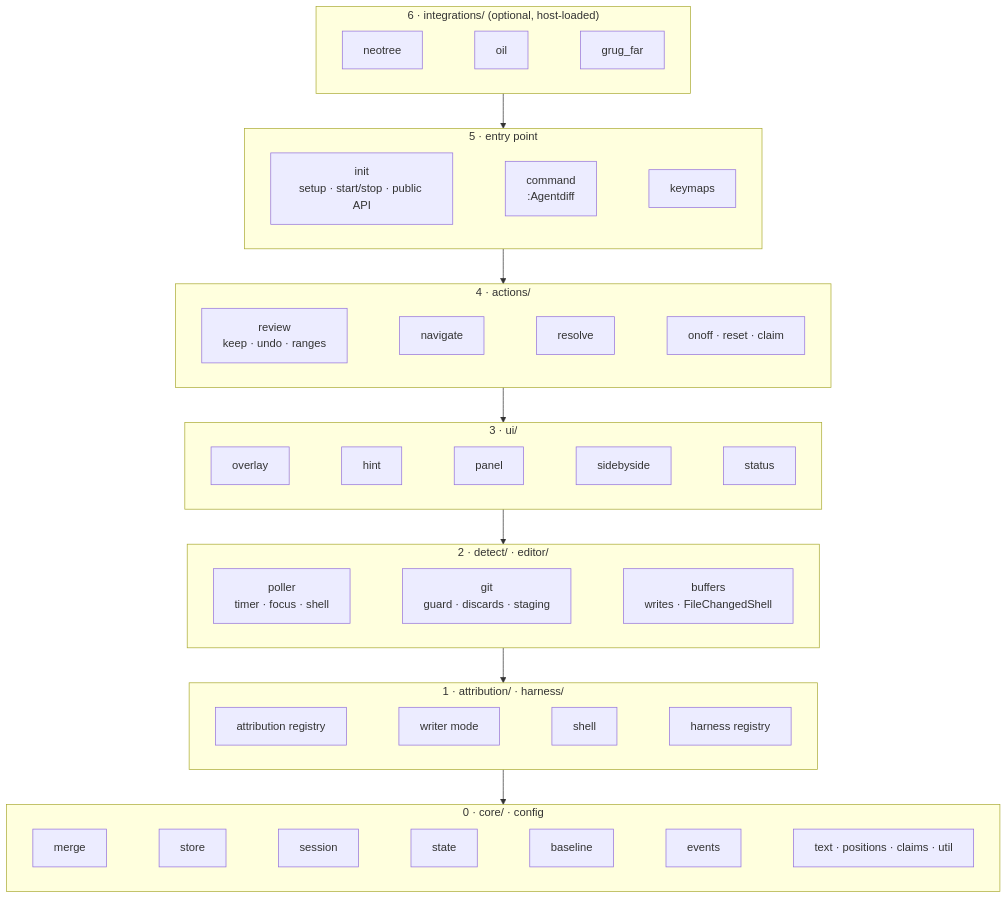
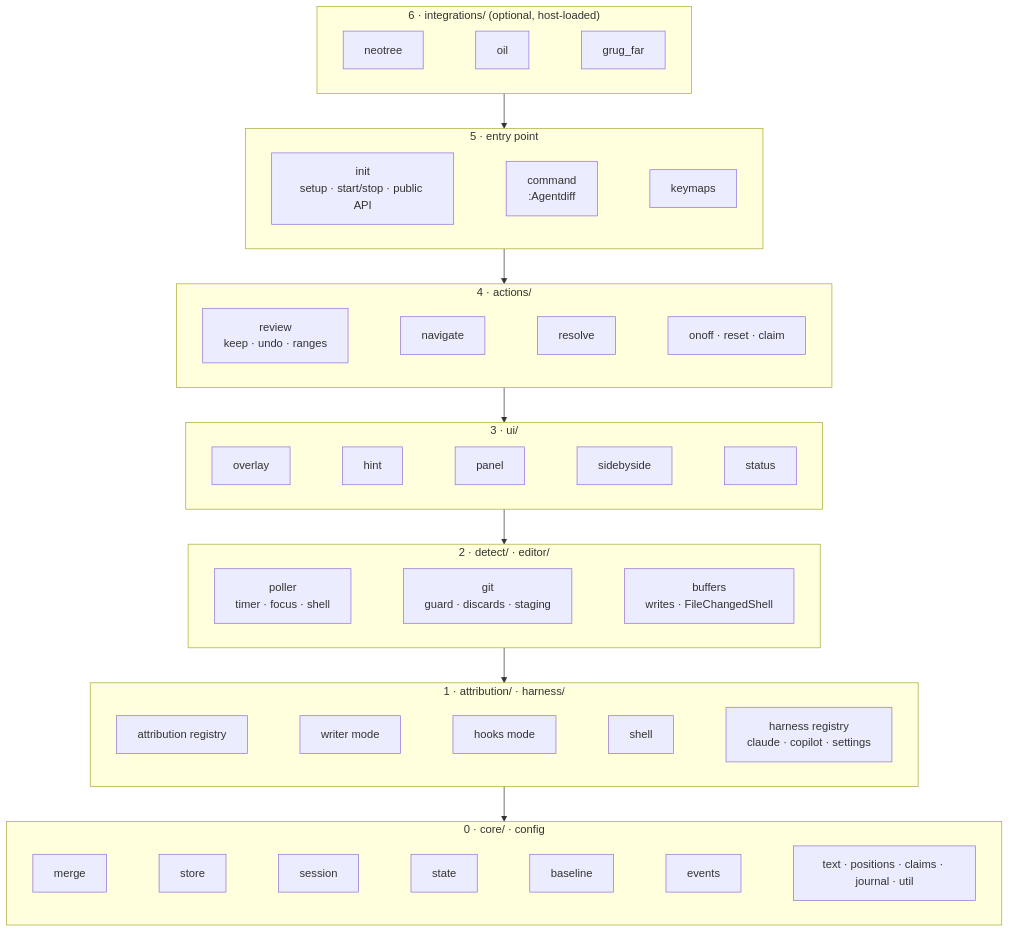
The second of 6 diagrams in docs/architecture.md (RayIci/agentdiff.nvim), drawn with Mermaid before and after one commit. The commit also changed other lines of this file and 6 other files, not shown here.

Commit message:
docs: document the hooks attribution mode, the reporter and :Agentdiff hooks

````diff
--- a/docs/architecture.md
+++ b/docs/architecture.md
@@ -52,25 +52,25 @@
 ```mermaid
 flowchart TB
     subgraph L6["6 · integrations/ (optional, host-loaded)"]
         nt["neotree"] ~~~ oil["oil"] ~~~ gf["grug_far"]
     end
     subgraph L5["5 · entry point"]
         init["init<br/>setup · start/stop · public API"] ~~~ cmd["command<br/>:Agentdiff"] ~~~ km["keymaps"]
     end
     subgraph L4["4 · actions/"]
         rev["review<br/>keep · undo · ranges"] ~~~ nav["navigate"] ~~~ res["resolve"] ~~~ oo["onoff · reset · claim"]
     end
     subgraph L3["3 · ui/"]
         ov["overlay"] ~~~ hint["hint"] ~~~ panel["panel"] ~~~ sbs["sidebyside"] ~~~ st["status"]
     end
     subgraph L2["2 · detect/ · editor/"]
         poll["poller<br/>timer · focus · shell"] ~~~ git["git<br/>guard · discards · staging"] ~~~ buf["buffers<br/>writes · FileChangedShell"]
     end
     subgraph L1["1 · attribution/ · harness/"]
-        reg["attribution registry"] ~~~ wr["writer mode"] ~~~ sh["shell"] ~~~ hr["harness registry"]
+        reg["attribution registry"] ~~~ wr["writer mode"] ~~~ hk["hooks mode"] ~~~ sh["shell"] ~~~ hr["harness registry<br/>claude · copilot · settings"]
     end
     subgraph L0["0 · core/ · config"]
-        mg["merge"] ~~~ sto["store"] ~~~ ses["session"] ~~~ stt["state"] ~~~ bl["baseline"] ~~~ ev["events"] ~~~ more["text · positions · claims · util"]
+        mg["merge"] ~~~ sto["store"] ~~~ ses["session"] ~~~ stt["state"] ~~~ bl["baseline"] ~~~ ev["events"] ~~~ more["text · positions · claims · journal · util"]
     end
     L6 --> L5 --> L4 --> L3 --> L2 --> L1 --> L0
 ```
````
